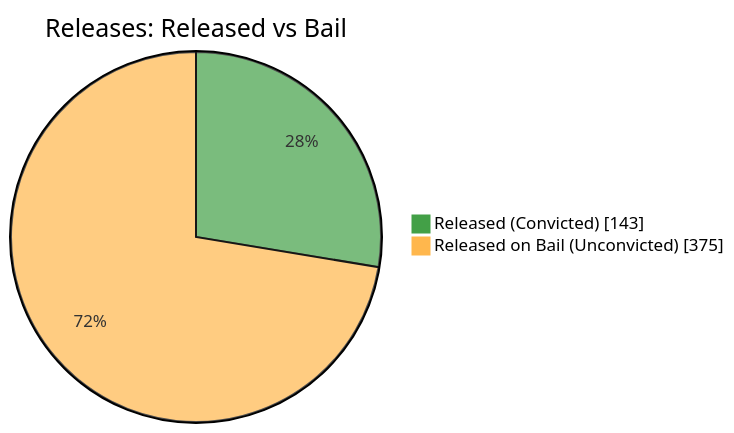
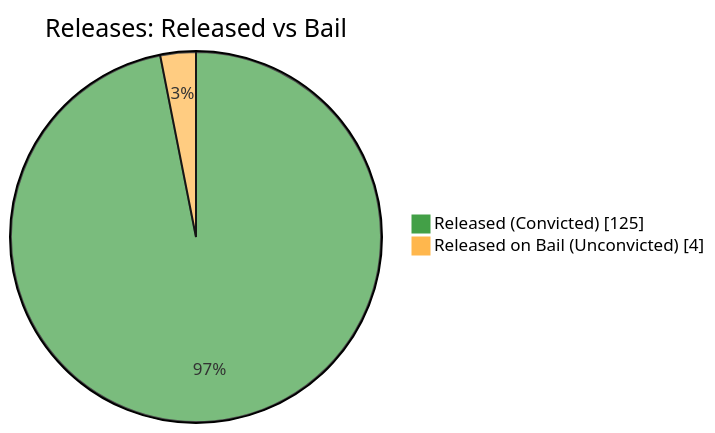
Before and after one commit to nuuuwan/lk_prisons: the fifth of 7 diagrams in README.md, drawn with Mermaid. The commit also changed other lines of this file and 1 other file, not shown here.

````diff
--- a/README.md
+++ b/README.md
@@ -87,6 +87,6 @@
 ```mermaid
 %%{init: {'themeVariables': {'pie1': '#43A047', 'pie2': '#FFB74D'}}}%%
 pie showData title Releases: Released vs Bail
-    "Released (Convicted)" : 143
-    "Released on Bail (Unconvicted)" : 375
+    "Released (Convicted)" : 125
+    "Released on Bail (Unconvicted)" : 4
 ```
````
